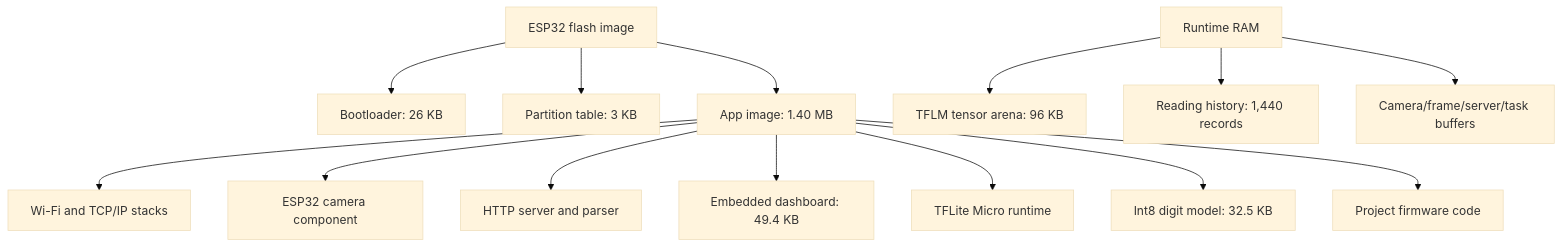
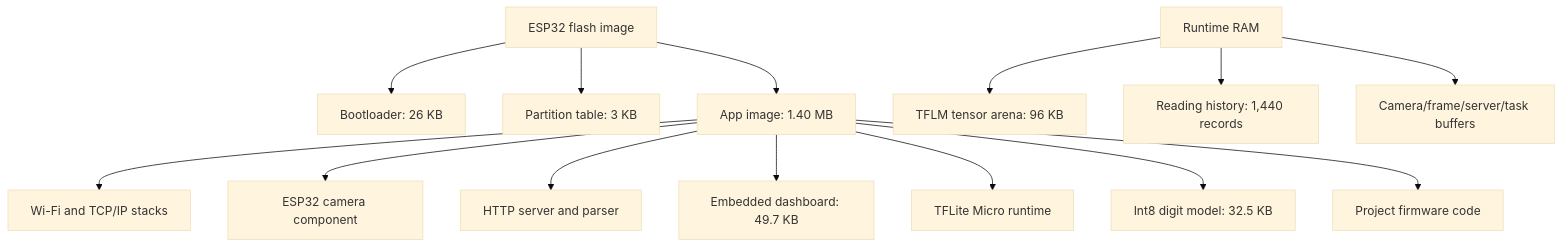
Before and after one commit to marcelpetrick/esp32-fever-dream: the second of 2 diagrams in documents/firmware_breakdown.md, drawn with Mermaid (base theme). The commit also changed other lines of this file and 3 other files, not shown here.

````diff
--- a/documents/firmware_breakdown.md
+++ b/documents/firmware_breakdown.md
@@ -102,18 +102,18 @@
 ```mermaid
 flowchart TD
     Flash[ESP32 flash image] --> Boot[Bootloader: 26 KB]
     Flash --> Part[Partition table: 3 KB]
     Flash --> App[App image: 1.40 MB]
 
     App --> Wifi[Wi-Fi and TCP/IP stacks]
     App --> Camera[ESP32 camera component]
     App --> Http[HTTP server and parser]
-    App --> Web[Embedded dashboard: 49.4 KB]
+    App --> Web[Embedded dashboard: 49.7 KB]
     App --> Tflm[TFLite Micro runtime]
     App --> Model[Int8 digit model: 32.5 KB]
     App --> AppCode[Project firmware code]
 
     RAM[Runtime RAM] --> Arena[TFLM tensor arena: 96 KB]
     RAM --> History[Reading history: 1,440 records]
     RAM --> Buffers[Camera/frame/server/task buffers]
 ```
````
